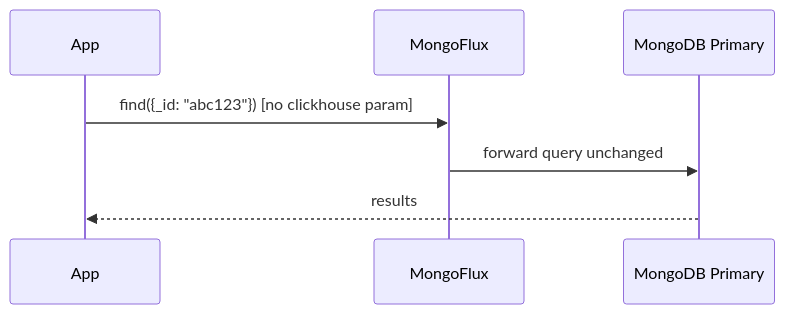
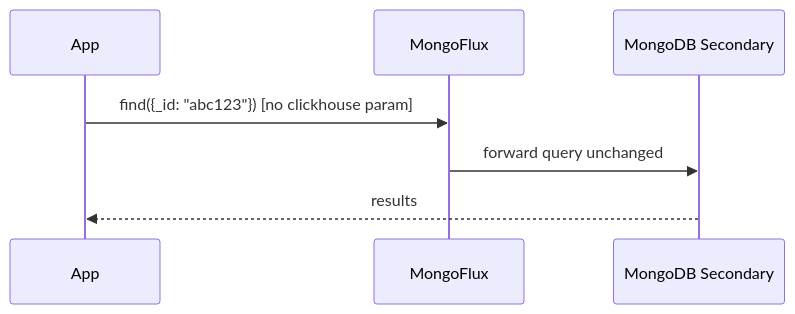
The fourth of 8 diagrams in docs/design.md (mrityunjaysharma/mongo-flux), drawn with Mermaid before and after one commit. The commit also changed other lines of this file and 2 other files, not shown here.

````diff
--- a/docs/design.md
+++ b/docs/design.md
@@ -91,6 +91,6 @@
 ```mermaid
 sequenceDiagram
     App->>MongoFlux: find({_id: "abc123"}) [no clickhouse param]
-    MongoFlux->>MongoDB Primary: forward query unchanged
-    MongoDB Primary-->>App: results
+    MongoFlux->>MongoDB Secondary: forward query unchanged
+    MongoDB Secondary-->>App: results
 ```
````
